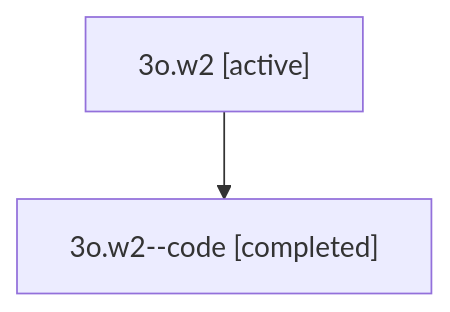
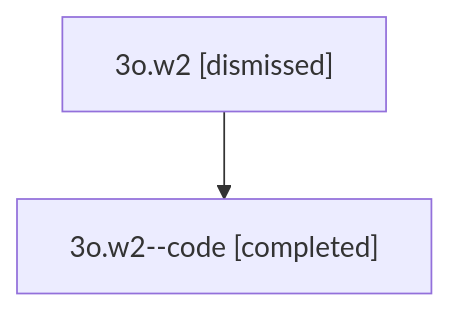
Before and after one commit to sase-org/sase--agents: the diagram in sessions/bbugyi200.athena.3o.w2.md, drawn with Mermaid. The commit also changed other lines of this file and 32 other files, not shown here.

````diff
--- a/sessions/bbugyi200.athena.3o.w2.md
+++ b/sessions/bbugyi200.athena.3o.w2.md
@@ -9,6 +9,6 @@
 ```mermaid
 flowchart TD
-  n0["3o.w2 [active]"]
+  n0["3o.w2 [dismissed]"]
   n1["3o.w2--code [completed]"]
   n0 --> n1
 ```
````
